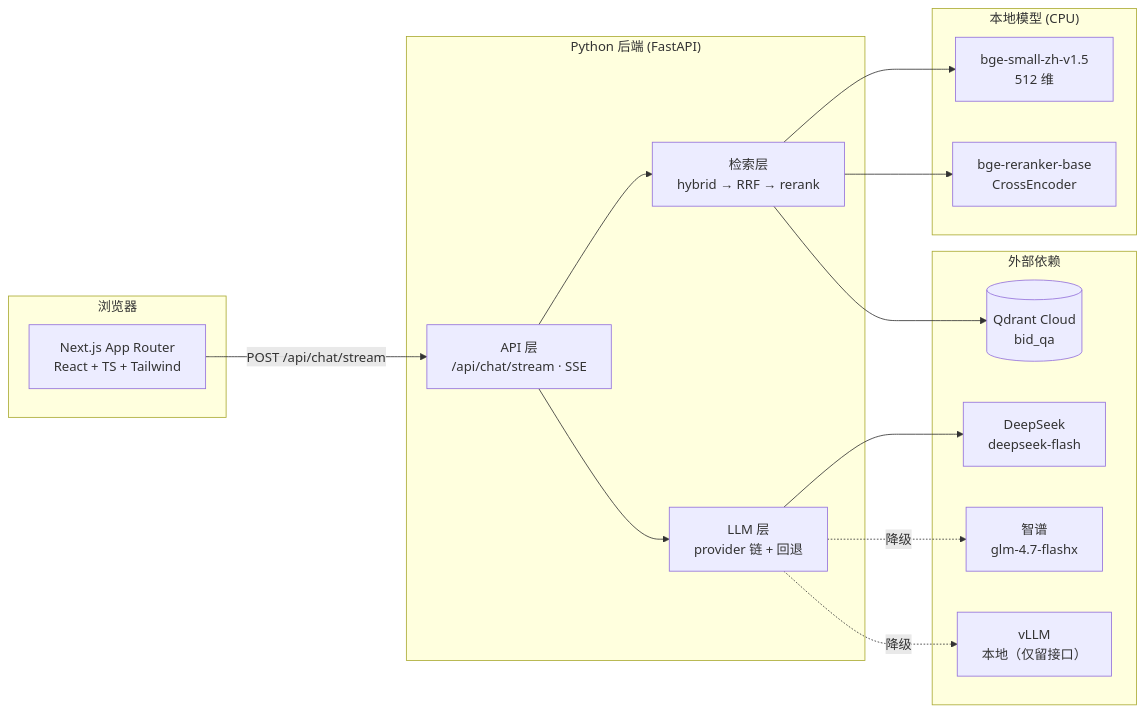
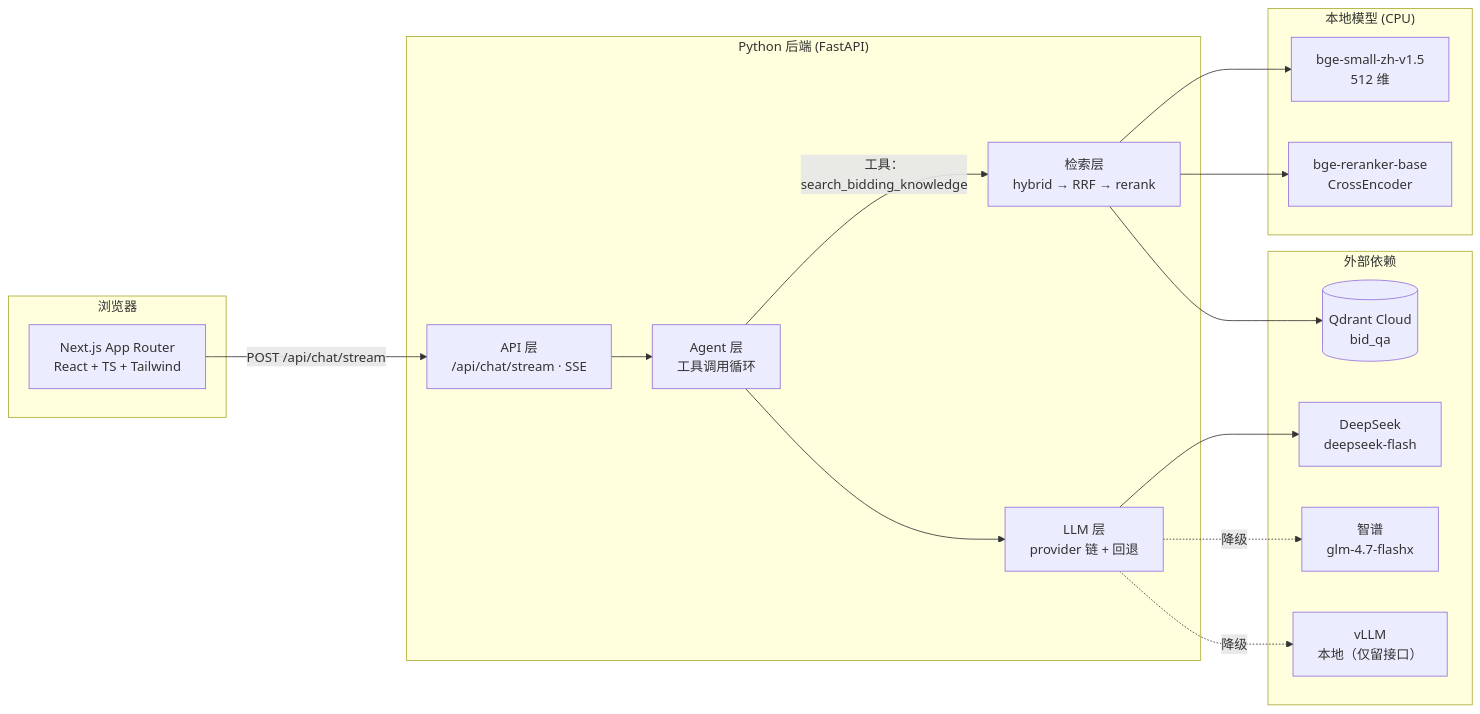
Before and after one commit to HoarHam/Bidding_QA_Chatbot: the first of 2 diagrams in docs/architecture.md, drawn with Mermaid. The commit also changed other lines of this file and 25 other files, not shown here.

Commit message:
feat: 实现 Agent 工具调用循环，模型自主决定是否检索知识库

````diff
--- a/docs/architecture.md
+++ b/docs/architecture.md
@@ -6,34 +6,36 @@
 ```mermaid
 flowchart LR
     subgraph client["浏览器"]
         UI["Next.js App Router<br/>React + TS + Tailwind"]
     end
 
     subgraph server["Python 后端 (FastAPI)"]
         API["API 层<br/>/api/chat/stream · SSE"]
+        AG["Agent 层<br/>工具调用循环"]
         RET["检索层<br/>hybrid → RRF → rerank"]
         LLM["LLM 层<br/>provider 链 + 回退"]
     end
 
     subgraph ext["外部依赖"]
         QD[("Qdrant Cloud<br/>bid_qa")]
         DS["DeepSeek<br/>deepseek-flash"]
         ZP["智谱<br/>glm-4.7-flashx"]
         VL["vLLM<br/>本地（仅留接口）"]
     end
 
     subgraph local["本地模型 (CPU)"]
         EMB["bge-small-zh-v1.5<br/>512 维"]
         RRK["bge-reranker-base<br/>CrossEncoder"]
     end
 
     UI -->|"POST /api/chat/stream"| API
-    API --> RET
+    API --> AG
+    AG -->|"工具：search_bidding_knowledge"| RET
     RET --> EMB
     RET --> QD
     RET --> RRK
-    API --> LLM
+    AG --> LLM
     LLM --> DS
     LLM -.降级.-> ZP
     LLM -.降级.-> VL
 ```
````
